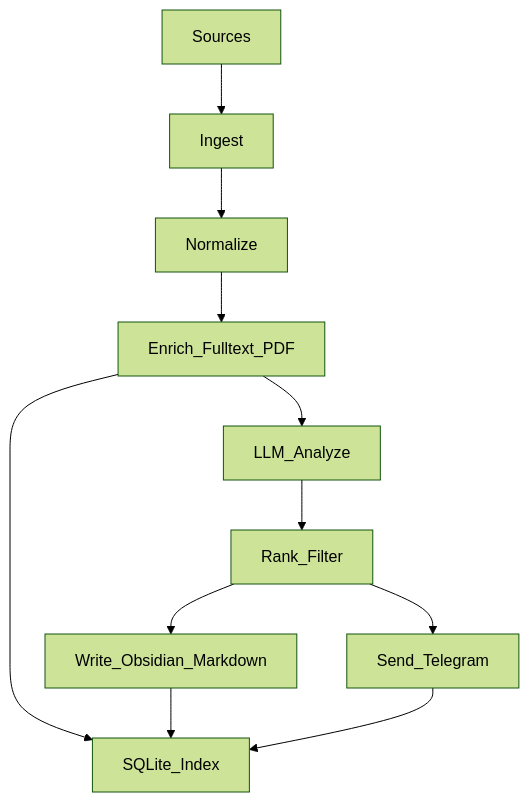
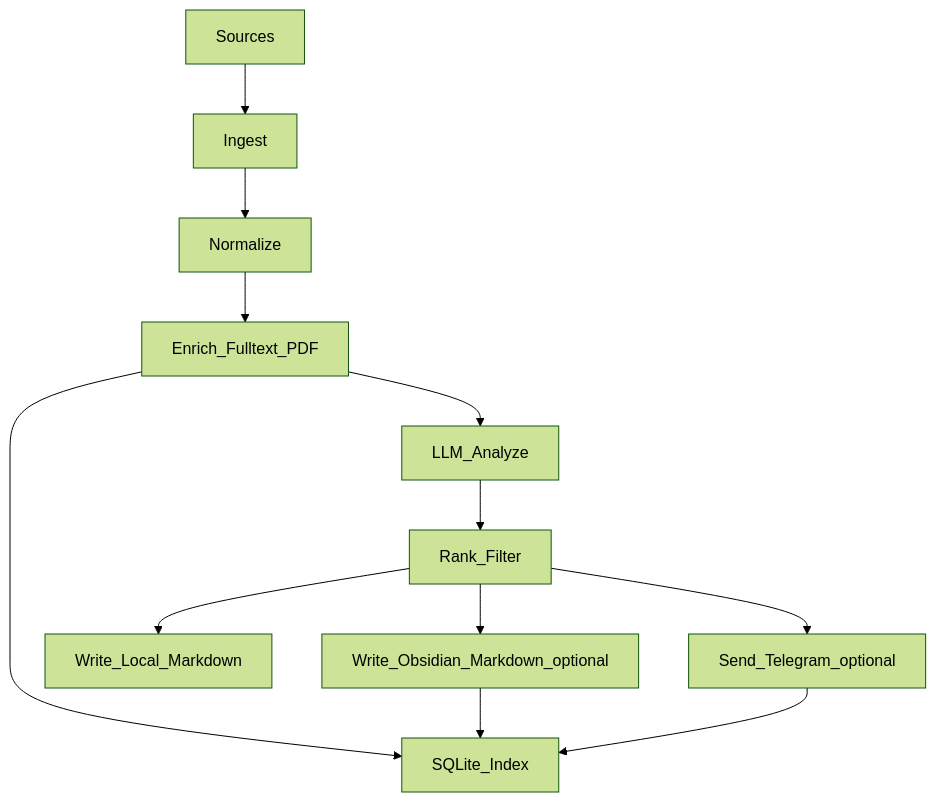
One commit to NeapolitanIcecream/recoleta changed the diagram in docs/design/system-overview.md. Above: the diagram before and after it, drawn with Mermaid (forest theme). The commit also changed other lines of this file and 11 other files, not shown here.

First line of the commit message:
make Obsidian/Telegram optional with local Markdown output

````diff
--- a/docs/design/system-overview.md
+++ b/docs/design/system-overview.md
@@ -36,13 +39,14 @@
 ```mermaid
 flowchart TD
   Sources[Sources] --> Ingest[Ingest]
   Ingest --> Normalize[Normalize]
   Normalize --> Enrich[Enrich_Fulltext_PDF]
   Enrich --> Index[SQLite_Index]
   Enrich --> Analyze[LLM_Analyze]
   Analyze --> Rank[Rank_Filter]
-  Rank --> Obsidian[Write_Obsidian_Markdown]
-  Rank --> Telegram[Send_Telegram]
+  Rank --> Markdown[Write_Local_Markdown]
+  Rank --> Obsidian[Write_Obsidian_Markdown_optional]
+  Rank --> Telegram[Send_Telegram_optional]
   Obsidian --> Index
   Telegram --> Index
 ```
````
